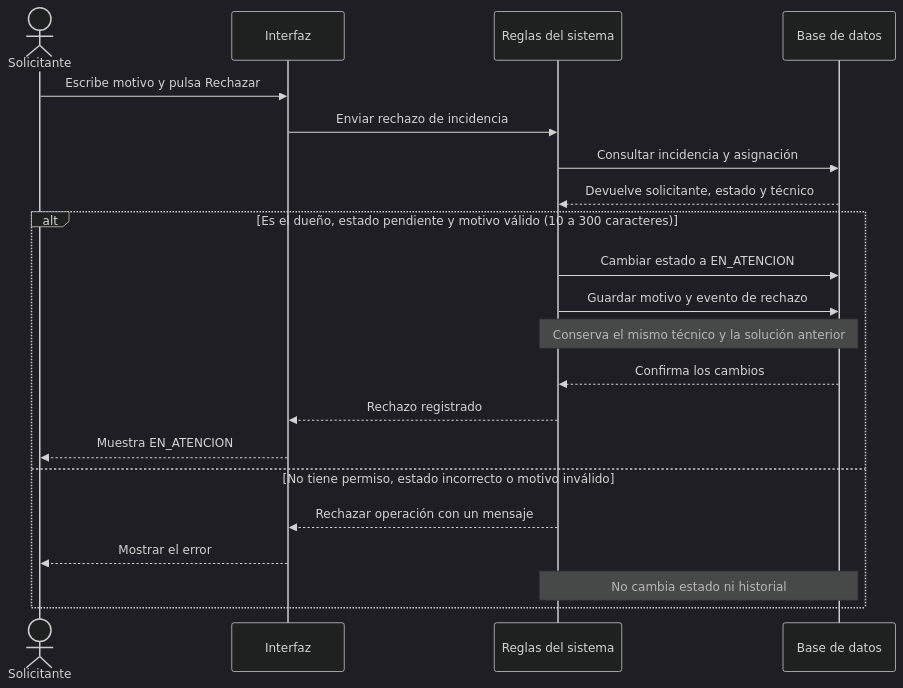
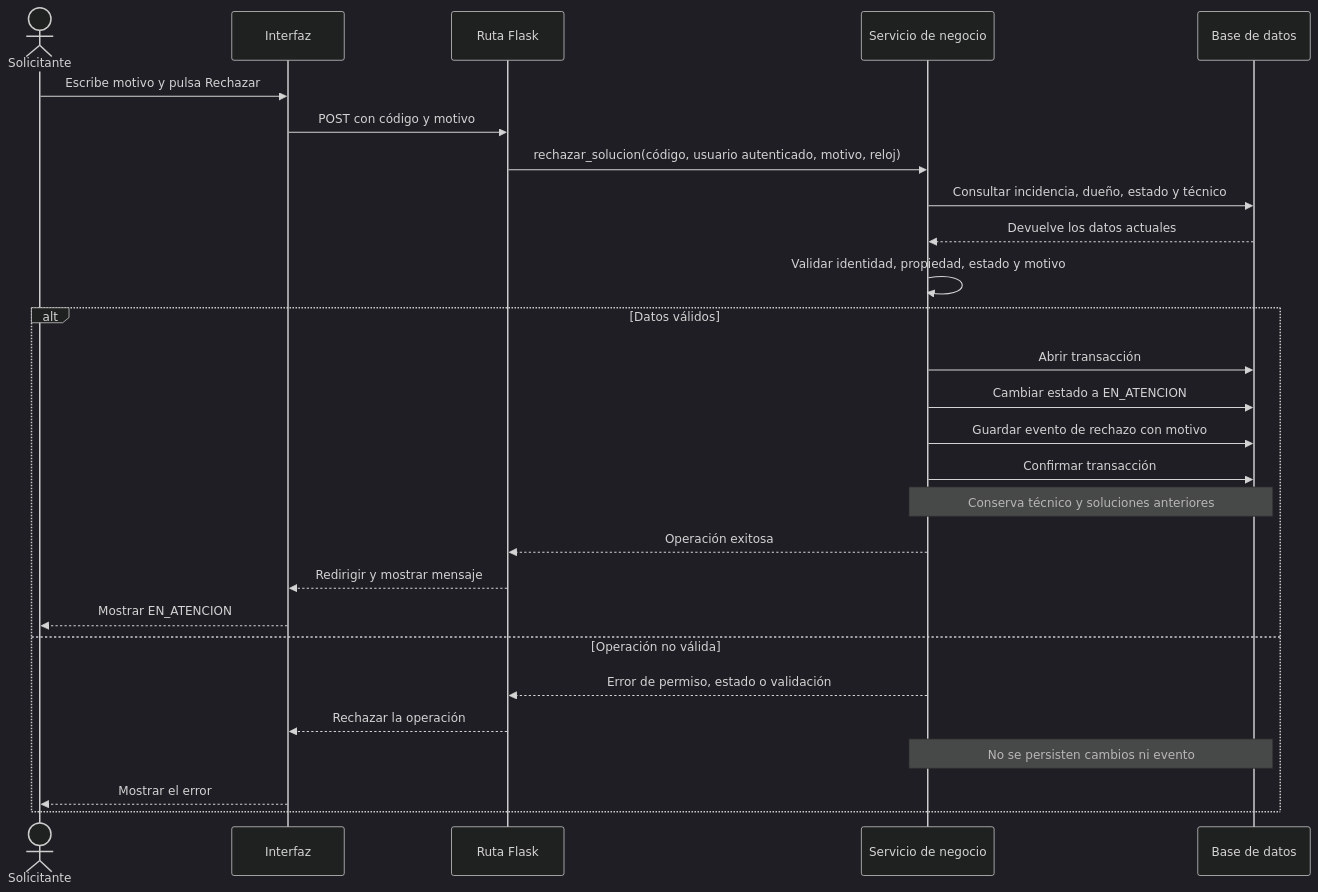
The diagram in docs/diagrama-secuencia-rechazo.md (cbalmaooo/reparacampus), drawn with Mermaid (dark theme) before and after one commit. The commit also changed other lines of this file, not shown here.

Commit message:
docs: align docs/diagrama-secuencia-rechazo.md with implementation

````diff
--- a/docs/diagrama-secuencia-rechazo.md
+++ b/docs/diagrama-secuencia-rechazo.md
@@ -5,25 +5,31 @@
 ```mermaid
 sequenceDiagram
     actor Solicitante
     participant Interfaz
-    participant Sistema as Reglas del sistema
+    participant Ruta as Ruta Flask
+    participant Servicio as Servicio de negocio
     participant BD as Base de datos
 
     Solicitante->>Interfaz: Escribe motivo y pulsa Rechazar
-    Interfaz->>Sistema: Enviar rechazo de incidencia
-    Sistema->>BD: Consultar incidencia y asignación
-    BD-->>Sistema: Devuelve solicitante, estado y técnico
+    Interfaz->>Ruta: POST con código y motivo
+    Ruta->>Servicio: rechazar_solucion(código, usuario autenticado, motivo, reloj)
+    Servicio->>BD: Consultar incidencia, dueño, estado y técnico
+    BD-->>Servicio: Devuelve los datos actuales
+    Servicio->>Servicio: Validar identidad, propiedad, estado y motivo
 
-    alt Es el dueño, estado pendiente y motivo válido (10 a 300 caracteres)
-        Sistema->>BD: Cambiar estado a EN_ATENCION
-        Sistema->>BD: Guardar motivo y evento de rechazo
-        Note over Sistema,BD: Conserva el mismo técnico y la solución anterior
-        BD-->>Sistema: Confirma los cambios
-        Sistema-->>Interfaz: Rechazo registrado
-        Interfaz-->>Solicitante: Muestra EN_ATENCION
-    else No tiene permiso, estado incorrecto o motivo inválido
-        Sistema-->>Interfaz: Rechazar operación con un mensaje
+    alt Datos válidos
+        Servicio->>BD: Abrir transacción
+        Servicio->>BD: Cambiar estado a EN_ATENCION
+        Servicio->>BD: Guardar evento de rechazo con motivo
+        Servicio->>BD: Confirmar transacción
+        Note over Servicio,BD: Conserva técnico y soluciones anteriores
+        Servicio-->>Ruta: Operación exitosa
+        Ruta-->>Interfaz: Redirigir y mostrar mensaje
+        Interfaz-->>Solicitante: Mostrar EN_ATENCION
+    else Operación no válida
+        Servicio-->>Ruta: Error de permiso, estado o validación
+        Ruta-->>Interfaz: Rechazar la operación
+        Note over Servicio,BD: No se persisten cambios ni evento
         Interfaz-->>Solicitante: Mostrar el error
-        Note over Sistema,BD: No cambia estado ni historial
     end
 ```
````
